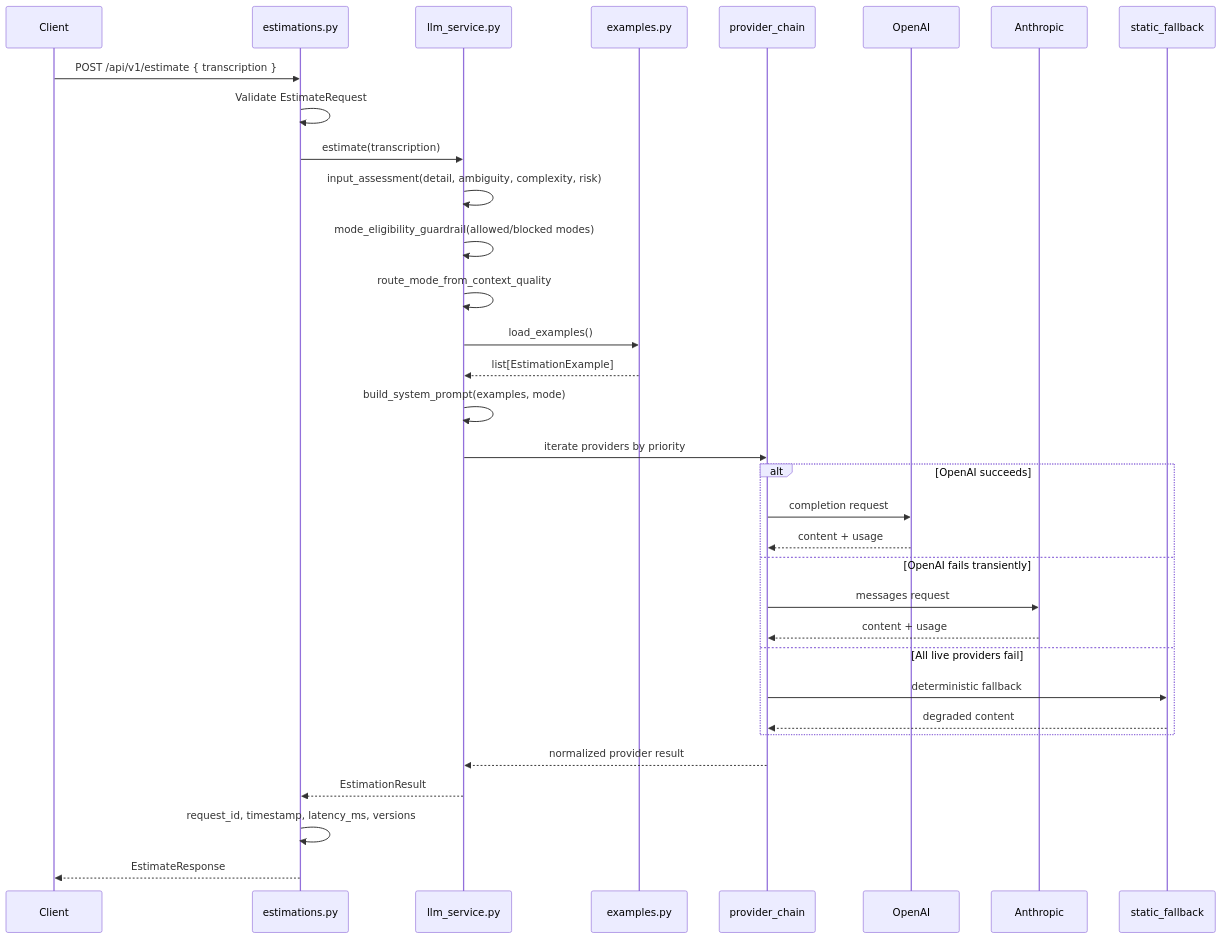
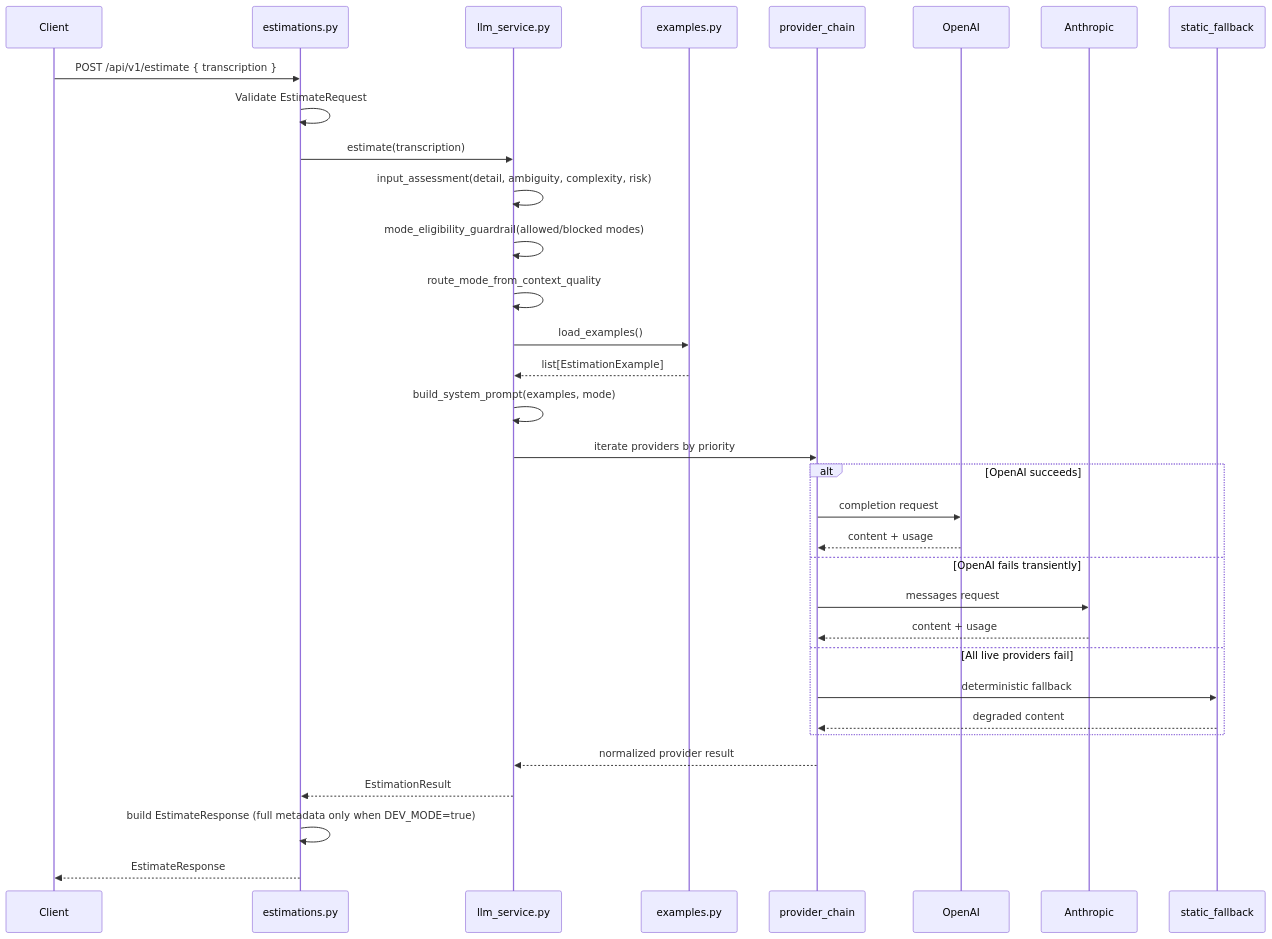
The second of 2 diagrams in proyectos/estimador-cag/docs/technical/README.md (povedica/master-ia-lidr), drawn with Mermaid before and after one commit. The commit also changed other lines of this file and 23 other files, not shown here.

````diff
--- a/proyectos/estimador-cag/docs/technical/README.md
+++ b/proyectos/estimador-cag/docs/technical/README.md
@@ -265,36 +265,36 @@
 ```mermaid
 sequenceDiagram
     participant Client
     participant Router as estimations.py
     participant Service as llm_service.py
     participant Context as examples.py
     participant Chain as provider_chain
     participant OpenAI
     participant Anthropic
     participant Static as static_fallback
 
     Client->>Router: POST /api/v1/estimate { transcription }
     Router->>Router: Validate EstimateRequest
     Router->>Service: estimate(transcription)
     Service->>Service: input_assessment(detail, ambiguity, complexity, risk)
     Service->>Service: mode_eligibility_guardrail(allowed/blocked modes)
     Service->>Service: route_mode_from_context_quality
     Service->>Context: load_examples()
     Context-->>Service: list[EstimationExample]
     Service->>Service: build_system_prompt(examples, mode)
     Service->>Chain: iterate providers by priority
     alt OpenAI succeeds
         Chain->>OpenAI: completion request
         OpenAI-->>Chain: content + usage
     else OpenAI fails transiently
         Chain->>Anthropic: messages request
         Anthropic-->>Chain: content + usage
     else All live providers fail
         Chain->>Static: deterministic fallback
         Static-->>Chain: degraded content
     end
     Chain-->>Service: normalized provider result
     Service-->>Router: EstimationResult
-    Router->>Router: request_id, timestamp, latency_ms, versions
+    Router->>Router: build EstimateResponse (full metadata only when DEV_MODE=true)
     Router-->>Client: EstimateResponse
 ```
````
